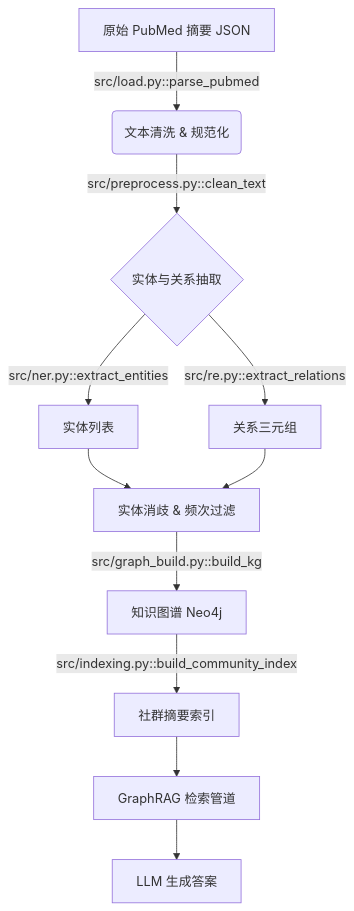
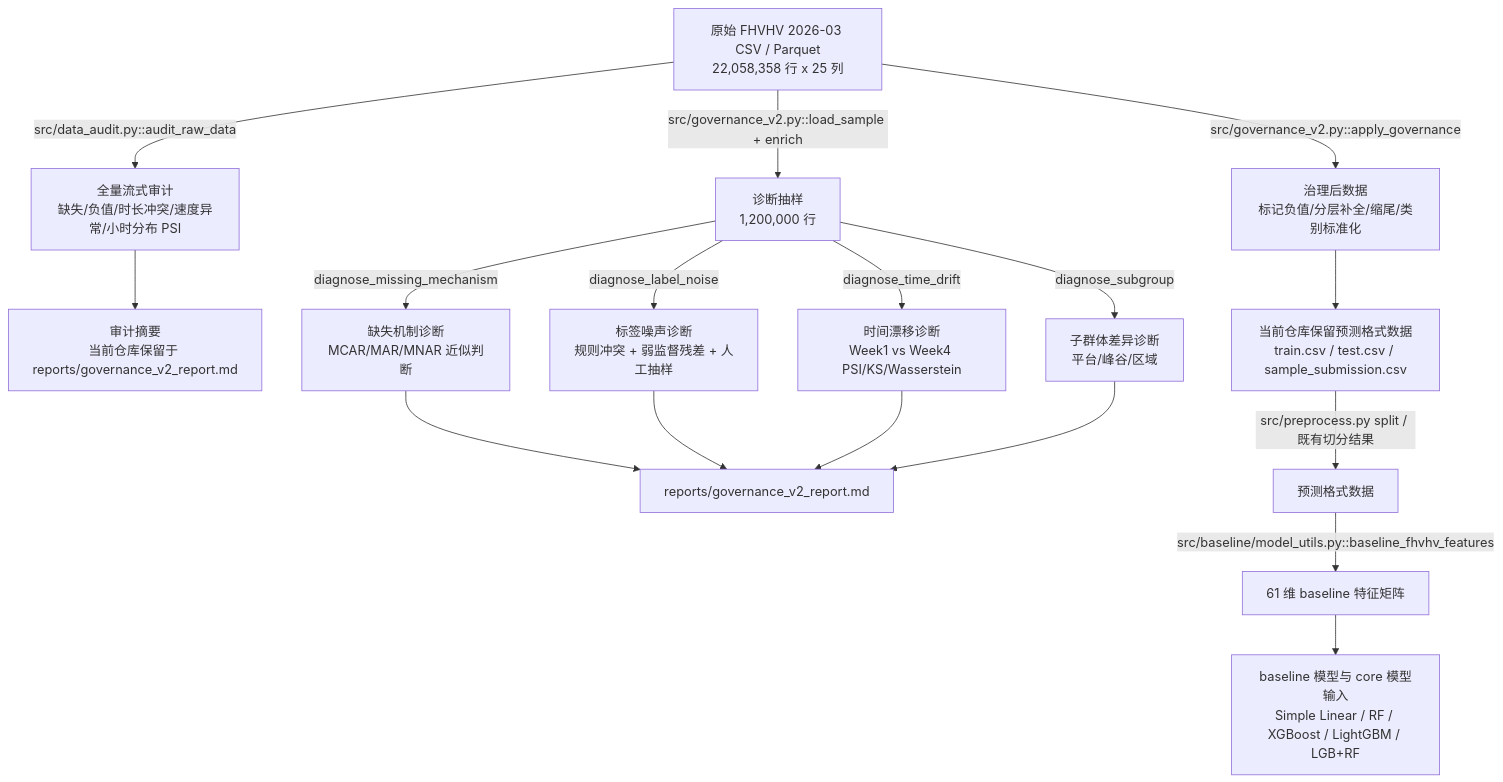
Before and after one commit to C-CH621/datamining-taxi-2026-ChiikaDD: the first of 2 diagrams in document/final_report/final-report.md, drawn with Mermaid. The commit also changed other lines of this file and 9 other files, not shown here.

````diff
--- a/document/final_report/final-report.md
+++ b/document/final_report/final-report.md
@@ -78,13 +116,19 @@
 ```mermaid
 graph TD
-    A[原始 PubMed 摘要 JSON] -->|src/load.py::parse_pubmed| B(文本清洗 & 规范化)
-    B -->|src/preprocess.py::clean_text| C{实体与关系抽取}
-    C -->|src/ner.py::extract_entities| D[实体列表]
-    C -->|src/re.py::extract_relations| E[关系三元组]
-    D --> F[实体消歧 & 频次过滤]
-    E --> F
-    F -->|src/graph_build.py::build_kg| G[知识图谱 Neo4j]
-    G -->|src/indexing.py::build_community_index| H[社群摘要索引]
-    H --> I[GraphRAG 检索管道]
-    I --> J[LLM 生成答案]
+    A[原始 FHVHV 2026-03 CSV / Parquet<br/>22,058,358 行 x 25 列] -->|src/data_audit.py::audit_raw_data| B[全量流式审计<br/>缺失/负值/时长冲突/速度异常/小时分布 PSI]
+    B --> C[审计摘要<br/>当前仓库保留于 reports/governance_v2_report.md]
+    A -->|src/governance_v2.py::load_sample + enrich| D[诊断抽样<br/>1,200,000 行]
+    D -->|diagnose_missing_mechanism| E[缺失机制诊断<br/>MCAR/MAR/MNAR 近似判断]
+    D -->|diagnose_label_noise| F[标签噪声诊断<br/>规则冲突 + 弱监督残差 + 人工抽样]
+    D -->|diagnose_time_drift| G[时间漂移诊断<br/>Week1 vs Week4 PSI/KS/Wasserstein]
+    D -->|diagnose_subgroup| H[子群体差异诊断<br/>平台/峰谷/区域]
+    E --> I[reports/governance_v2_report.md]
+    F --> I
+    G --> I
+    H --> I
+    A -->|src/governance_v2.py::apply_governance| J[治理后数据<br/>标记负值/分层补全/缩尾/类别标准化]
+    J --> K[当前仓库保留预测格式数据<br/>train.csv / test.csv / sample_submission.csv]
+    K -->|src/preprocess.py split / 既有切分结果| L[预测格式数据]
+    L -->|src/baseline/model_utils.py::baseline_fhvhv_features| M[61 维 baseline 特征矩阵]
+    M --> N[baseline 模型与 core 模型输入<br/>Simple Linear / RF / XGBoost / LightGBM / LGB+RF]
 ```
````
